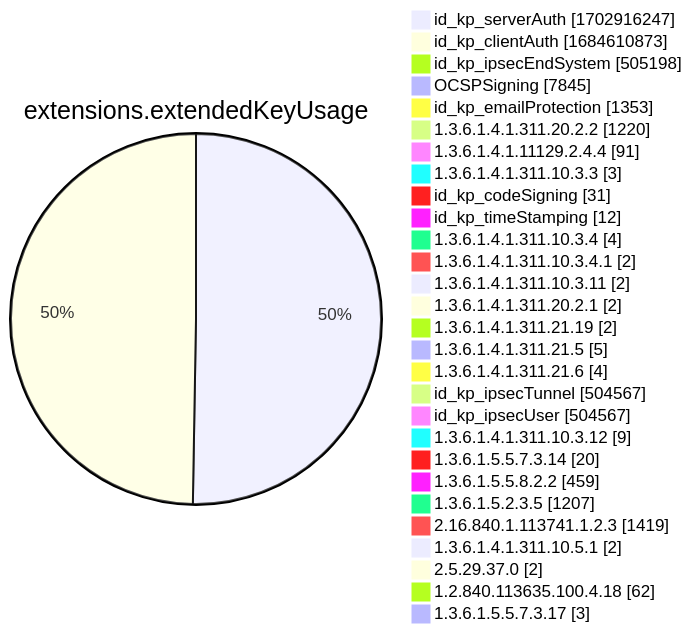
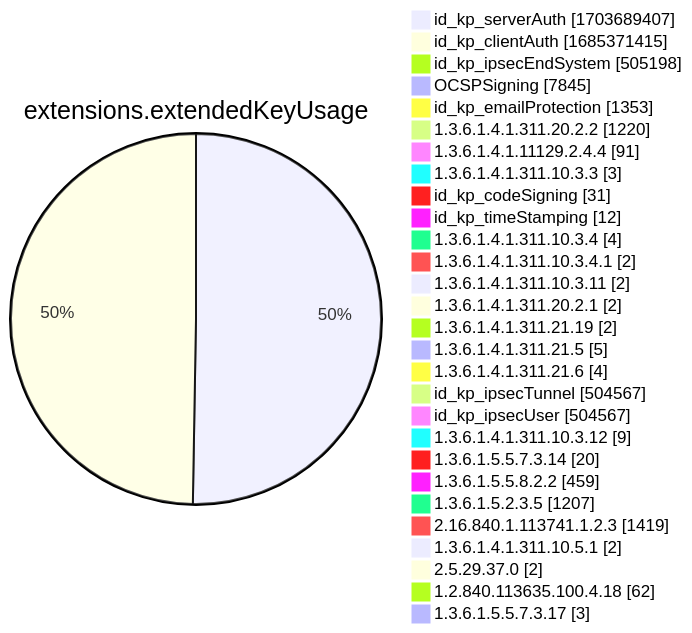
Before and after one commit to christiankrug/ctmonitor_visualization: diagram 12 of 15 in xenon2022/README.md, drawn with Mermaid. The commit also changed other lines of this file, not shown here.

````diff
--- a/xenon2022/README.md
+++ b/xenon2022/README.md
@@ -3888,32 +3888,32 @@
 ```mermaid
 pie showData
 title extensions.extendedKeyUsage
-"id_kp_serverAuth" :1702916247
-"id_kp_clientAuth" :1684610873
+"id_kp_serverAuth" :1703689407
+"id_kp_clientAuth" :1685371415
 "id_kp_ipsecEndSystem" :505198
 "OCSPSigning" :7845
 "id_kp_emailProtection" :1353
 "1.3.6.1.4.1.311.20.2.2" :1220
 "1.3.6.1.4.1.11129.2.4.4" :91
 "1.3.6.1.4.1.311.10.3.3" :3
 "id_kp_codeSigning" :31
 "id_kp_timeStamping" :12
 "1.3.6.1.4.1.311.10.3.4" :4
 "1.3.6.1.4.1.311.10.3.4.1" :2
 "1.3.6.1.4.1.311.10.3.11" :2
 "1.3.6.1.4.1.311.20.2.1" :2
 "1.3.6.1.4.1.311.21.19" :2
 "1.3.6.1.4.1.311.21.5" :5
 "1.3.6.1.4.1.311.21.6" :4
 "id_kp_ipsecTunnel" :504567
 "id_kp_ipsecUser" :504567
 "1.3.6.1.4.1.311.10.3.12" :9
 "1.3.6.1.5.5.7.3.14" :20
 "1.3.6.1.5.5.8.2.2" :459
 "1.3.6.1.5.2.3.5" :1207
 "2.16.840.1.113741.1.2.3" :1419
 "1.3.6.1.4.1.311.10.5.1" :2
 "2.5.29.37.0" :2
 "1.2.840.113635.100.4.18" :62
 "1.3.6.1.5.5.7.3.17" :3
 ```
````
